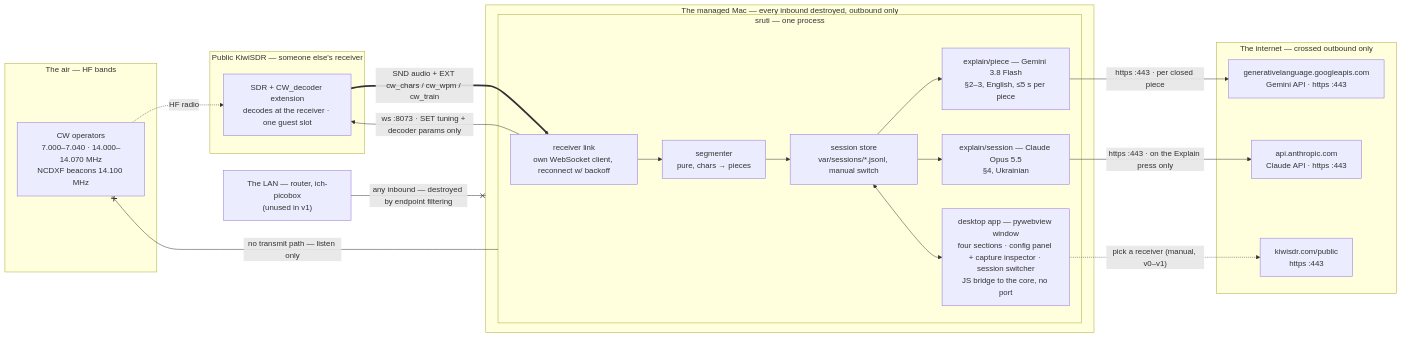
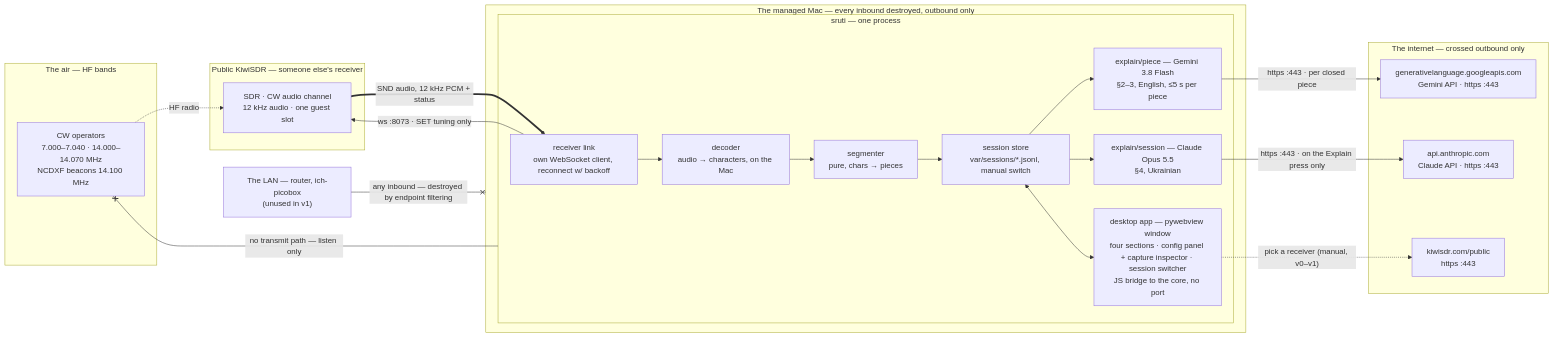
One commit to ichMaster/sruti changed the diagram in specification/ARCHITECTURE.md. Above: the diagram before and after it, drawn with Mermaid. The commit also changed other lines of this file and 16 other files, not shown here.

First line of the commit message:
docs: decode CW on the Mac with sruti's own decoder

````diff
--- a/specification/ARCHITECTURE.md
+++ b/specification/ARCHITECTURE.md
@@ -5,37 +5,38 @@
 ```mermaid
 flowchart LR
   subgraph AIR["The air — HF bands"]
     OPS["CW operators<br/>7.000–7.040 · 14.000–14.070 MHz<br/>NCDXF beacons 14.100 MHz"]
   end
 
   subgraph RXS["Public KiwiSDR — someone else's receiver"]
-    DEC["SDR + CW_decoder extension<br/>decodes at the receiver · one guest slot"]
+    DEC["SDR · CW audio channel<br/>12 kHz audio · one guest slot"]
   end
 
   subgraph NET["The internet — crossed outbound only"]
     GEM["generativelanguage.googleapis.com<br/>Gemini API · https :443"]
     API["api.anthropic.com<br/>Claude API · https :443"]
     DIR["kiwisdr.com/public<br/>https :443"]
   end
 
   subgraph MAC["The managed Mac — every inbound destroyed, outbound only"]
     subgraph CORE["sruti — one process"]
-      LINK["receiver link<br/>own WebSocket client, reconnect w/ backoff"] --> SEG["segmenter<br/>pure, chars → pieces"]
+      LINK["receiver link<br/>own WebSocket client, reconnect w/ backoff"] --> CWD["decoder<br/>audio → characters, on the Mac"]
+      CWD --> SEG["segmenter<br/>pure, chars → pieces"]
       SEG --> STORE["session store<br/>var/sessions/*.jsonl, manual switch"]
       STORE --> PIECE["explain/piece — Gemini 3.8 Flash<br/>§2–3, English, ≤5 s per piece"]
       STORE --> SESS["explain/session — Claude Opus 5.5<br/>§4, Ukrainian"]
       STORE <--> APP["desktop app — pywebview window<br/>four sections · config panel + capture inspector · session switcher<br/>JS bridge to the core, no port"]
     end
   end
 
   LANZ["The LAN — router, ich-picobox<br/>(unused in v1)"]
 
   OPS -. "HF radio" .-> DEC
-  LINK -- "ws :8073 · SET tuning + decoder params only" --> DEC
-  DEC == "SND audio + EXT cw_chars / cw_wpm / cw_train" ==> LINK
+  LINK -- "ws :8073 · SET tuning only" --> DEC
+  DEC == "SND audio, 12 kHz PCM + status" ==> LINK
   PIECE -- "https :443 · per closed piece" --> GEM
   SESS -- "https :443 · on the Explain press only" --> API
   APP -. "pick a receiver (manual, v0–v1)" .-> DIR
   LANZ -- "any inbound — destroyed by endpoint filtering" --x MAC
   CORE -- "no transmit path — listen only" --x OPS
 ```
````
